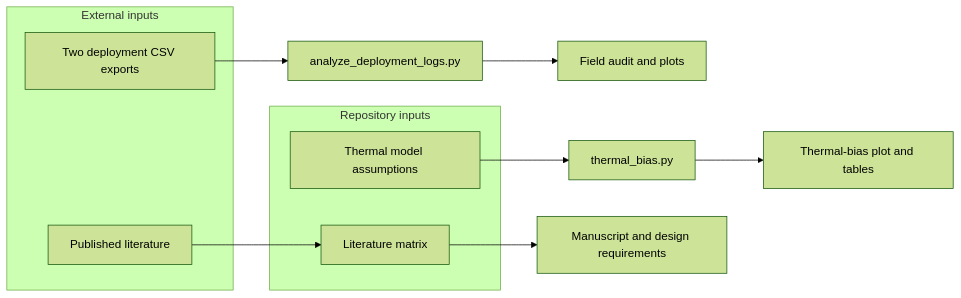
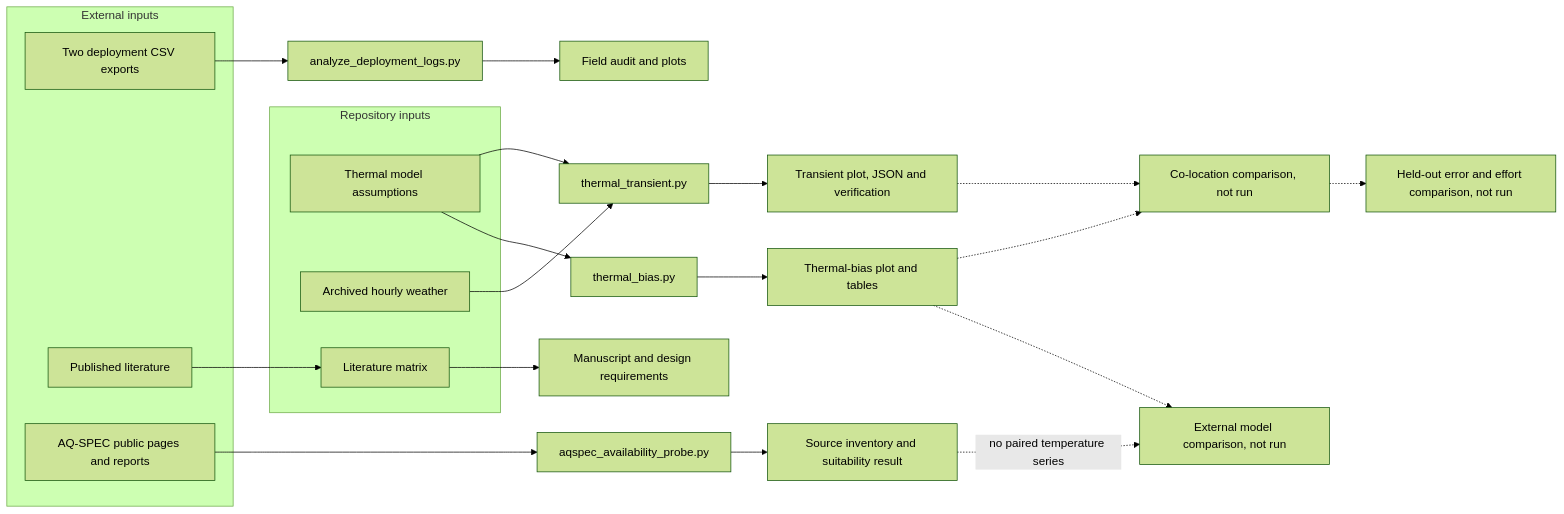
The diagram in docs/data-and-figures.md (500ft/sensor-enclosure-bias-prediction), drawn with Mermaid (forest theme) before and after one commit. The commit also changed other lines of this file and 9 other files, not shown here.

````diff
--- a/docs/data-and-figures.md
+++ b/docs/data-and-figures.md
@@ -7,17 +7,29 @@
 ```mermaid
 flowchart LR
     subgraph External inputs
       CSV[Two deployment CSV exports]
       PAPERS[Published literature]
+      AQSPEC[AQ-SPEC public pages and reports]
     end
     subgraph Repository inputs
       ASSUME[Thermal model assumptions]
+      WEATHER[Archived hourly weather]
       MATRIX[Literature matrix]
     end
     CSV --> AUDIT[analyze_deployment_logs.py]
     AUDIT --> FIELD[Field audit and plots]
     ASSUME --> MODEL[thermal_bias.py]
     MODEL --> THERMAL[Thermal-bias plot and tables]
+    ASSUME --> TRANSIENT[thermal_transient.py]
+    WEATHER --> TRANSIENT
+    TRANSIENT --> TPLOT[Transient plot, JSON and verification]
     PAPERS --> MATRIX
     MATRIX --> SYNTHESIS[Manuscript and design requirements]
+    AQSPEC --> PROBE[aqspec_availability_probe.py]
+    PROBE --> INVENTORY[Source inventory and suitability result]
+    INVENTORY -. no paired temperature series .-> EXTERNAL[External model comparison, not run]
+    THERMAL -.-> EXTERNAL
+    TPLOT -.-> CAMPAIGN[Co-location comparison, not run]
+    THERMAL -.-> CAMPAIGN
+    CAMPAIGN -.-> HELDOUT[Held-out error and effort comparison, not run]
 ```
````
